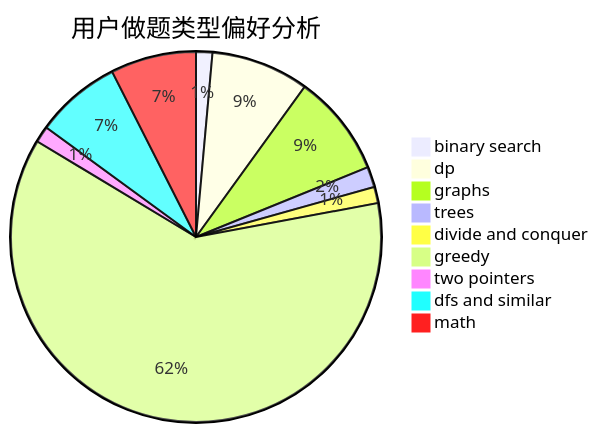
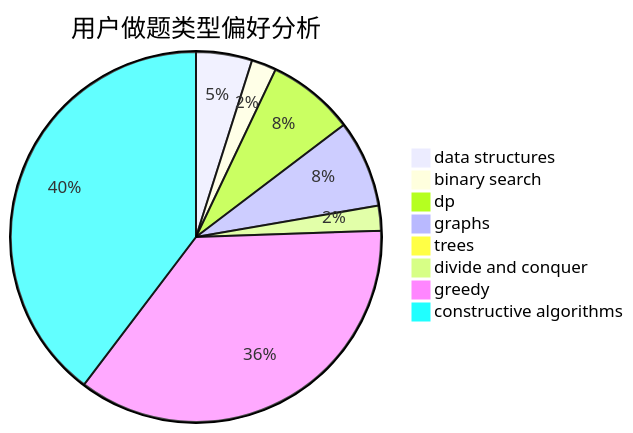
Before and after one commit to sherpahu/cfrs.github.io: the second of 3 diagrams in docs/user/u1512.md, drawn with Mermaid. The commit also changed other lines of this file and 2775 other files, not shown here.

````diff
--- a/docs/user/u1512.md
+++ b/docs/user/u1512.md
@@ -23,12 +23,11 @@
 ```mermaid
 pie title 用户做题类型偏好分析
+    "data structures" :  9
     "binary search" :  4
-    "dp" :  24
-    "graphs" :  25
-    "trees" :  5
+    "dp" :  14
+    "graphs" :  14
+    "trees" :  0
     "divide and conquer" :  4
-    "greedy" :  173
-    "two pointers" :  4
-    "dfs and similar" :  21
-    "math" :  21
+    "greedy" :  66
+    "constructive algorithms" :  73
 ```
````
